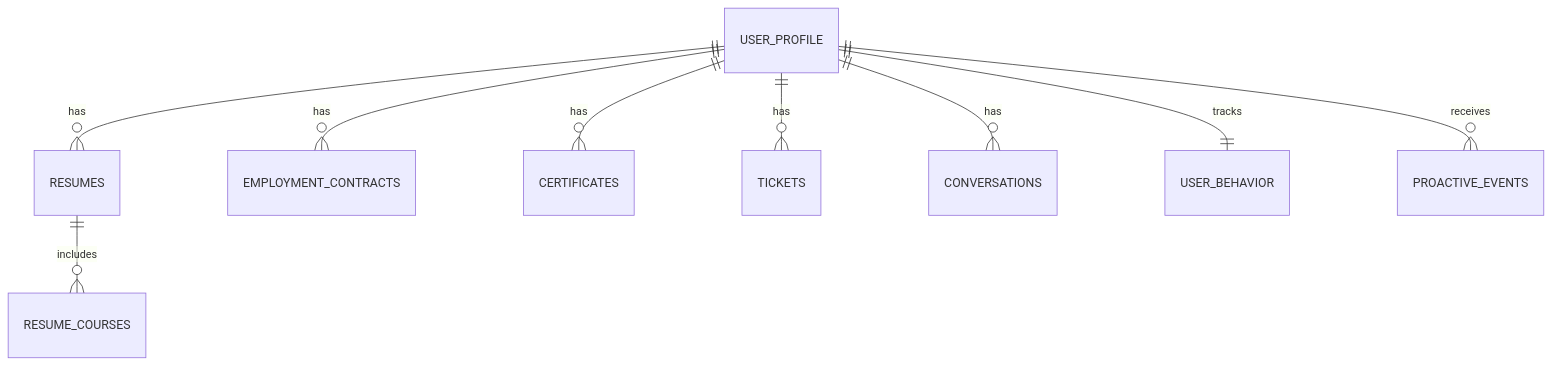
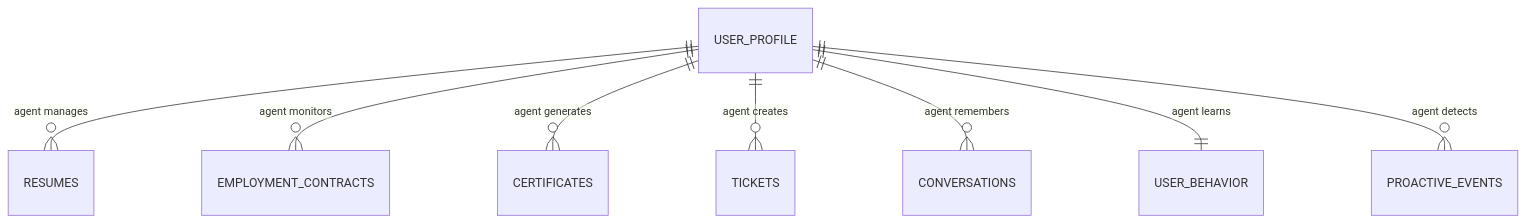
Before and after one commit to SaifAlotaibie/AgentX-New: the second of 2 diagrams in README.md, drawn with Mermaid. The commit also changed other lines of this file, not shown here.

First line of the commit message:
docs: Emphasize AI Agent architecture and capabilities

````diff
--- a/README.md
+++ b/README.md
@@ -113,11 +262,10 @@
 ```mermaid
 erDiagram
-    USER_PROFILE ||--o{ RESUMES : has
-    USER_PROFILE ||--o{ EMPLOYMENT_CONTRACTS : has
-    USER_PROFILE ||--o{ CERTIFICATES : has
-    USER_PROFILE ||--o{ TICKETS : has
-    USER_PROFILE ||--o{ CONVERSATIONS : has
-    USER_PROFILE ||--|| USER_BEHAVIOR : tracks
-    USER_PROFILE ||--o{ PROACTIVE_EVENTS : receives
-    RESUMES ||--o{ RESUME_COURSES : includes
+    USER_PROFILE ||--o{ RESUMES : "agent manages"
+    USER_PROFILE ||--o{ EMPLOYMENT_CONTRACTS : "agent monitors"
+    USER_PROFILE ||--o{ CERTIFICATES : "agent generates"
+    USER_PROFILE ||--o{ TICKETS : "agent creates"
+    USER_PROFILE ||--o{ CONVERSATIONS : "agent remembers"
+    USER_PROFILE ||--|| USER_BEHAVIOR : "agent learns"
+    USER_PROFILE ||--o{ PROACTIVE_EVENTS : "agent detects"
 ```
````
